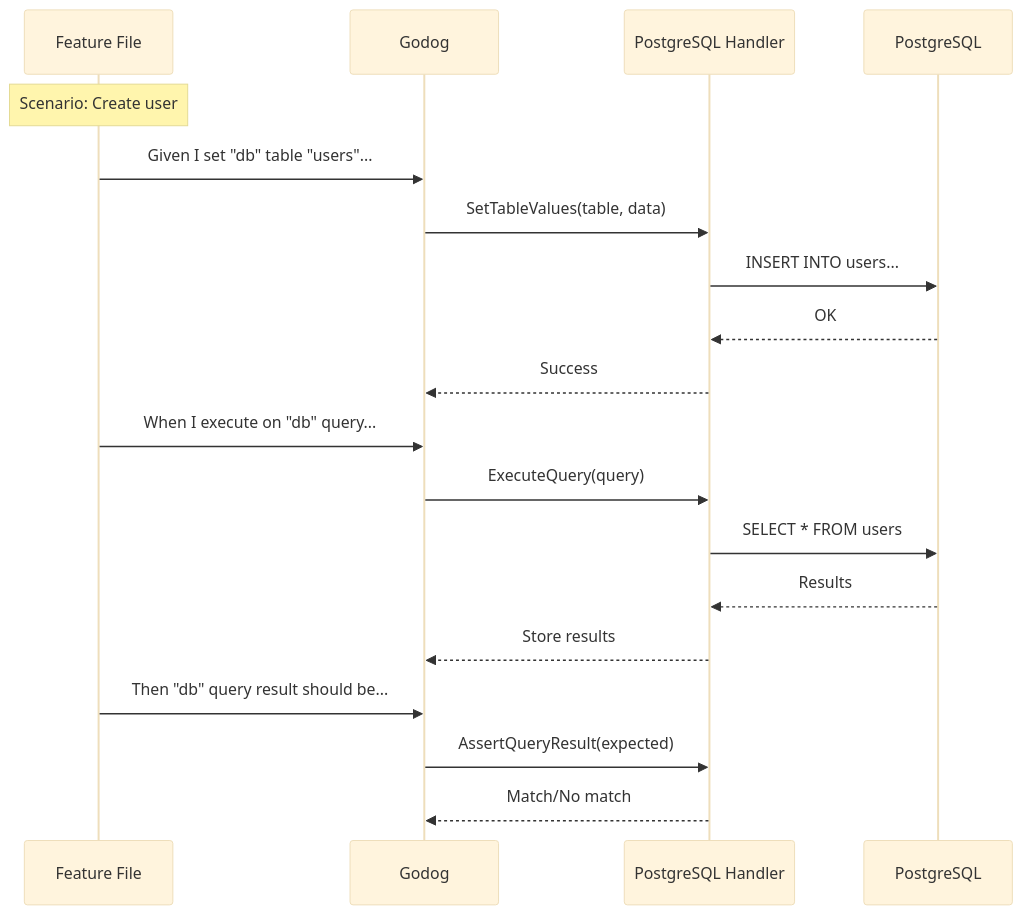
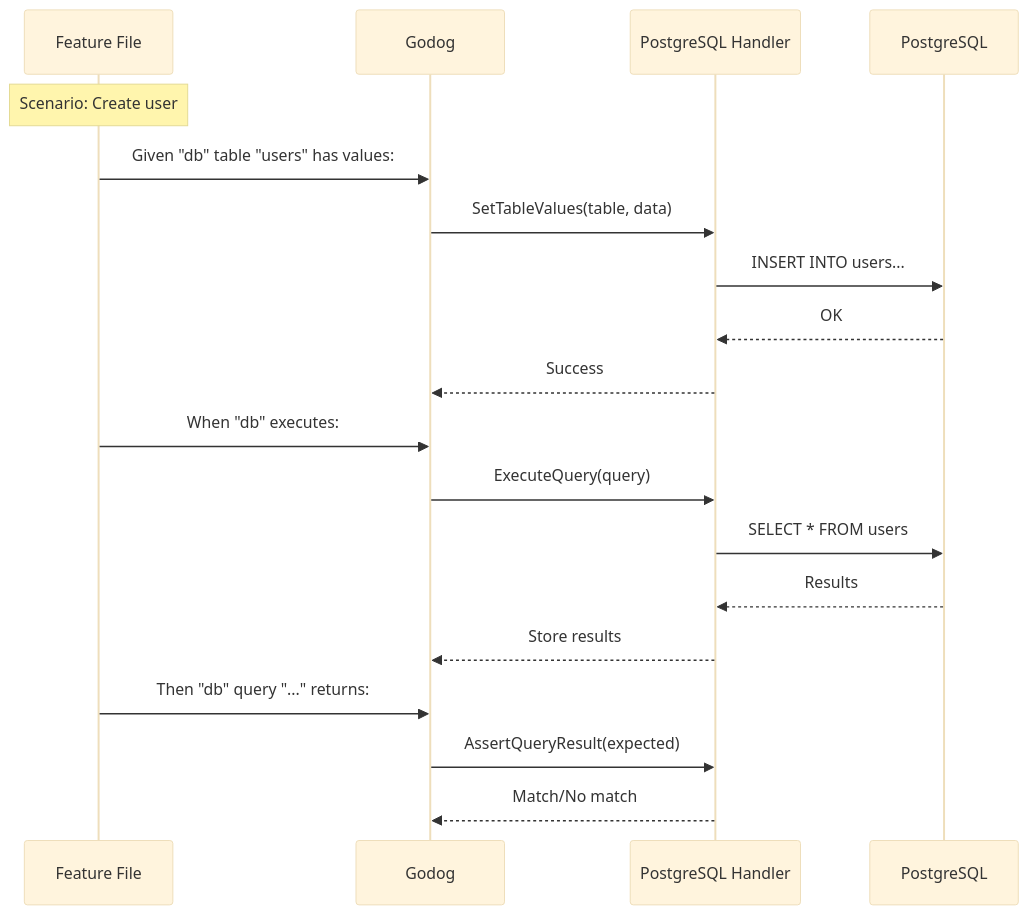
The sixth of 9 diagrams in docs/developer-guide/architecture.md (tomatool/tomato), drawn with Mermaid (base theme) before and after one commit. The commit also changed other lines of this file and 15 other files, not shown here.

````diff
--- a/docs/developer-guide/architecture.md
+++ b/docs/developer-guide/architecture.md
@@ -222,25 +240,25 @@
 ```mermaid
 sequenceDiagram
     participant Feature as Feature File
     participant Godog
     participant PG as PostgreSQL Handler
     participant DB as PostgreSQL
 
     Note over Feature: Scenario: Create user
 
-    Feature->>Godog: Given I set "db" table "users"...
+    Feature->>Godog: Given "db" table "users" has values:
     Godog->>PG: SetTableValues(table, data)
     PG->>DB: INSERT INTO users...
     DB-->>PG: OK
     PG-->>Godog: Success
 
-    Feature->>Godog: When I execute on "db" query...
+    Feature->>Godog: When "db" executes:
     Godog->>PG: ExecuteQuery(query)
     PG->>DB: SELECT * FROM users
     DB-->>PG: Results
     PG-->>Godog: Store results
 
-    Feature->>Godog: Then "db" query result should be...
+    Feature->>Godog: Then "db" query "..." returns:
     Godog->>PG: AssertQueryResult(expected)
     PG-->>Godog: Match/No match
 ```
````
